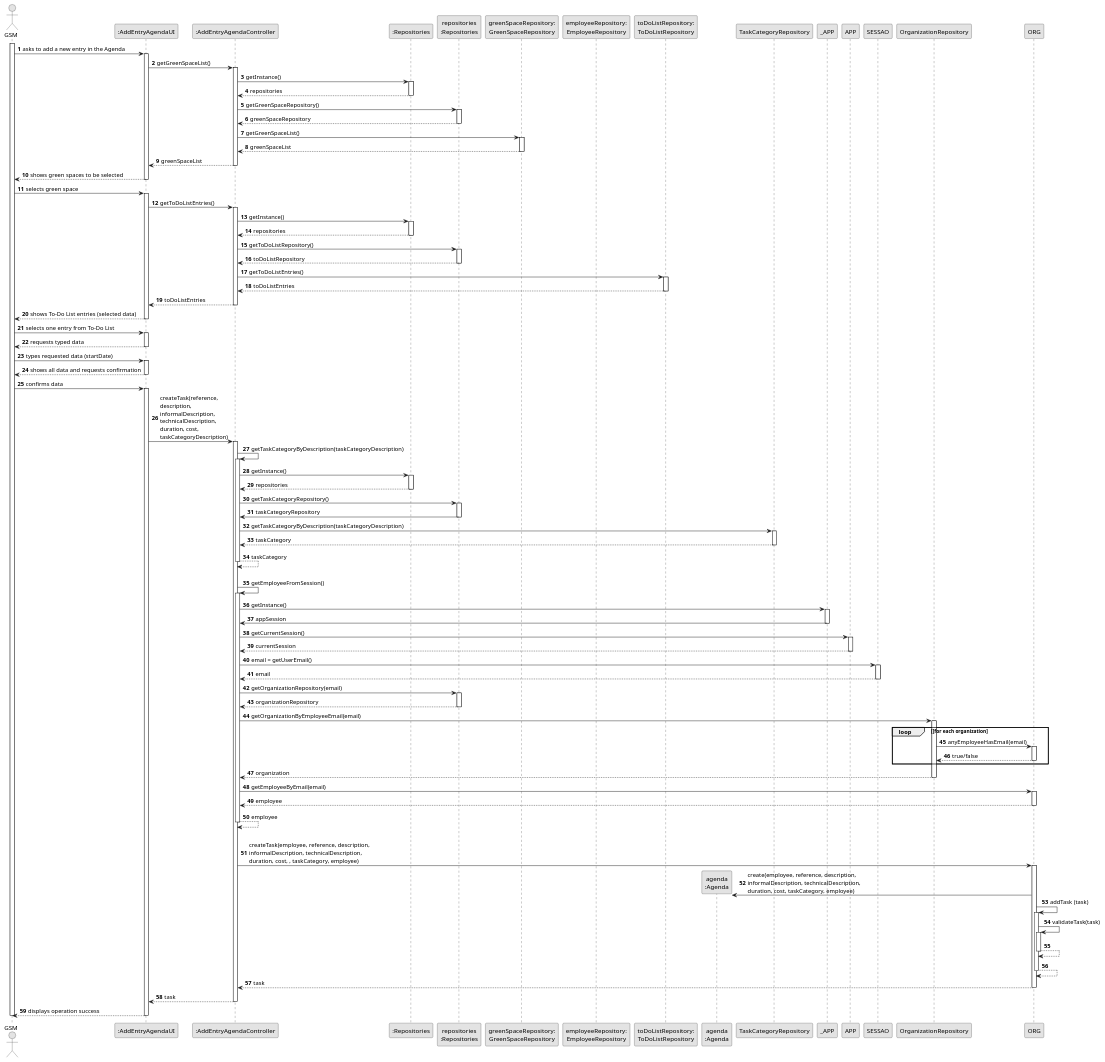
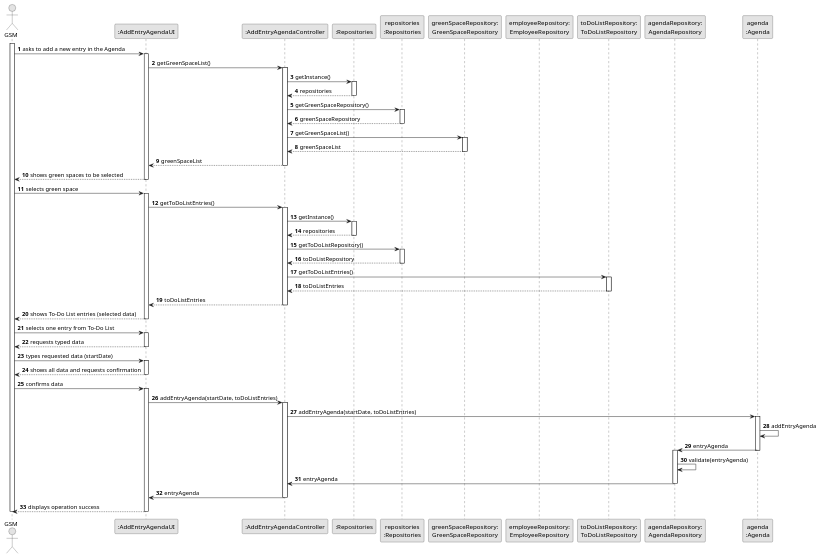
One commit to LopemigueISEP/lei-24-s2-1nb-g312 changed the diagram in docs/sprintC/US022/03.design/puml/us22-sequence-diagram-full.puml. Above: the diagram before and after it, drawn with PlantUML. The commit also changed 4 other files, not shown here.

```diff
--- a/docs/sprintC/US022/03.design/puml/us22-sequence-diagram-full.puml
+++ b/docs/sprintC/US022/03.design/puml/us22-sequence-diagram-full.puml
@@ -14,6 +14,7 @@
 participant "greenSpaceRepository:\nGreenSpaceRepository" as GreenSpaceRepository
 participant "employeeRepository:\nEmployeeRepository" as EmployeeRepository
 participant "toDoListRepository:\nToDoListRepository" as ToDoListRepository
+participant "agendaRepository:\nAgendaRepository" as AgendaRepository
 participant "agenda\n:Agenda" as TAREFA
 
 activate ADM
@@ -94,107 +95,24 @@
     ADM -> UI : confirms data
     activate UI
 
-        UI -> CTRL : createTask(reference,\ndescription,\ninformalDescription,\ntechnicalDescription,\nduration, cost,\ntaskCategoryDescription)
+        UI -> CTRL : addEntryAgenda(startDate, toDoListEntries)
         activate CTRL
 
-            CTRL -> CTRL : getTaskCategoryByDescription(taskCategoryDescription)
-            activate CTRL
 
-                CTRL -> RepositorySingleton : getInstance()
-                activate RepositorySingleton
-
-                    RepositorySingleton --> CTRL: repositories
-                deactivate RepositorySingleton
-
-                CTRL -> PLAT : getTaskCategoryRepository()
-                activate PLAT
-
-                    PLAT -> CTRL : taskCategoryRepository
-                deactivate PLAT
-
-                CTRL -> TaskCategoryRepository : getTaskCategoryByDescription(taskCategoryDescription)
-                activate TaskCategoryRepository
-
-                    TaskCategoryRepository --> CTRL : taskCategory
-                deactivate TaskCategoryRepository
-                    CTRL --> CTRL : taskCategory
-            deactivate CTRL
-
-            |||
-            CTRL -> CTRL : getEmployeeFromSession()
-            activate CTRL
-
-                CTRL -> _APP: getInstance()
-                activate _APP
-                    _APP -> CTRL: appSession
-                deactivate _APP
+            CTRL -> TAREFA: addEntryAgenda(startDate, toDoListEntries)
+            activate TAREFA
 
 
-                CTRL -> APP: getCurrentSession()
-                activate APP
+                TAREFA -> TAREFA : addEntryAgenda
 
-                    APP --> CTRL: currentSession
-                deactivate APP
-
-                CTRL -> SESSAO: email = getUserEmail()
-                activate SESSAO
-
-                    SESSAO --> CTRL: email
-                deactivate SESSAO
-
-
-                CTRL -> PLAT: getOrganizationRepository(email)
-                activate PLAT
-
-                    PLAT --> CTRL: organizationRepository
-                deactivate PLAT
-
-
-                CTRL -> OrganizationRepository: getOrganizationByEmployeeEmail(email)
-                activate OrganizationRepository
-
-                    loop [for each organization
-                        OrganizationRepository -> ORG : anyEmployeeHasEmail(email)
-                        activate ORG
-
-                             ORG --> OrganizationRepository : true/false
-                        deactivate ORG
-                    end
-                    OrganizationRepository --> CTRL : organization
-                deactivate OrganizationRepository
-
-                CTRL -> ORG: getEmployeeByEmail(email)
-                activate ORG
-
-                    ORG --> CTRL : employee
-                deactivate ORG
-
-                CTRL --> CTRL : employee
-            deactivate CTRL
-
-            |||
-            CTRL -> ORG: createTask(employee, reference, description,\ninformalDescription, technicalDescription,\nduration, cost, , taskCategory, employee)
-            activate ORG
-
-                ORG -> TAREFA**: create(employee, reference, description,\ninformalDescription, technicalDescription,\nduration, cost, taskCategory, employee)
-                ORG -> ORG: addTask (task)
-
-
-                activate ORG
-                    ORG -> ORG: validateTask(task)
-                    activate ORG
-                        ORG --> ORG
-                    deactivate ORG
-
-                    ORG --> ORG
-                deactivate ORG
-
-                ORG --> CTRL : task
-
-            deactivate ORG
-
-            CTRL --> UI: task
-            deactivate CTRL
+                TAREFA -> AgendaRepository : entryAgenda
+                deactivate TAREFA
+                activate AgendaRepository
+                AgendaRepository -> AgendaRepository : validate(entryAgenda)
+                AgendaRepository -> CTRL : entryAgenda
+                deactivate AgendaRepository
+                CTRL -> UI : entryAgenda
+                deactivate CTRL
             UI --> ADM: displays operation success
     deactivate UI
 
```
